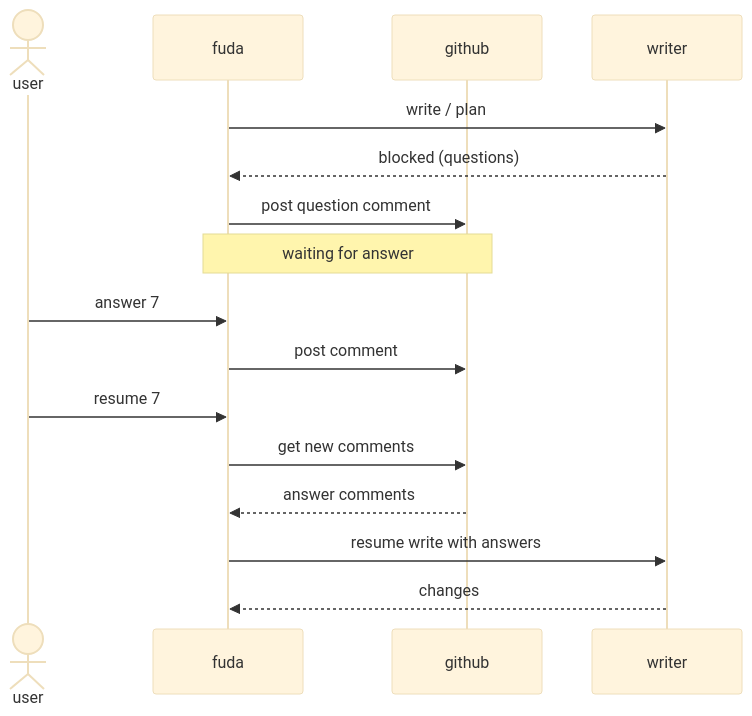
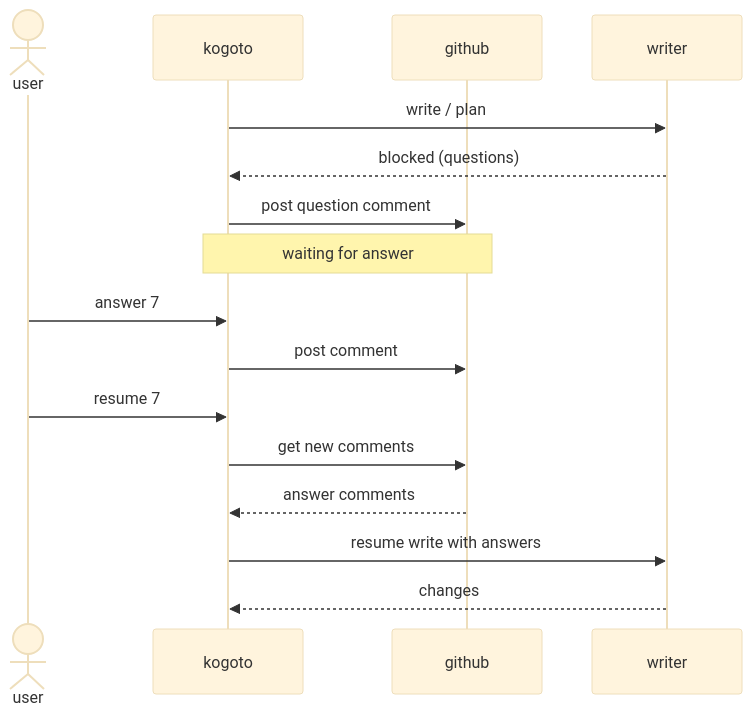
One commit to tooppoo/Fuda changed the fourth of 4 diagrams in docs/internal/processing-sequence.md. Above: the diagram before and after it, drawn with Mermaid (base theme). The commit also changed other lines of this file and 18 other files, not shown here.

First line of the commit message:
feat: Fuda → Kogoto rename (#44, #45, #46)

````diff
--- a/docs/internal/processing-sequence.md
+++ b/docs/internal/processing-sequence.md
@@ -225,21 +225,21 @@
 ```mermaid
 sequenceDiagram
     actor user
-    participant fuda
+    participant kogoto
     participant github
     participant writer
 
-    fuda->>writer: write / plan
-    writer-->>fuda: blocked (questions)
-    fuda->>github: post question comment
+    kogoto->>writer: write / plan
+    writer-->>kogoto: blocked (questions)
+    kogoto->>github: post question comment
 
-    note over fuda,github: waiting for answer
+    note over kogoto,github: waiting for answer
 
-    user->>fuda: answer 7
-    fuda->>github: post comment
-    user->>fuda: resume 7
-    fuda->>github: get new comments
-    github-->>fuda: answer comments
-    fuda->>writer: resume write with answers
-    writer-->>fuda: changes
+    user->>kogoto: answer 7
+    kogoto->>github: post comment
+    user->>kogoto: resume 7
+    kogoto->>github: get new comments
+    github-->>kogoto: answer comments
+    kogoto->>writer: resume write with answers
+    writer-->>kogoto: changes
 ```
````
